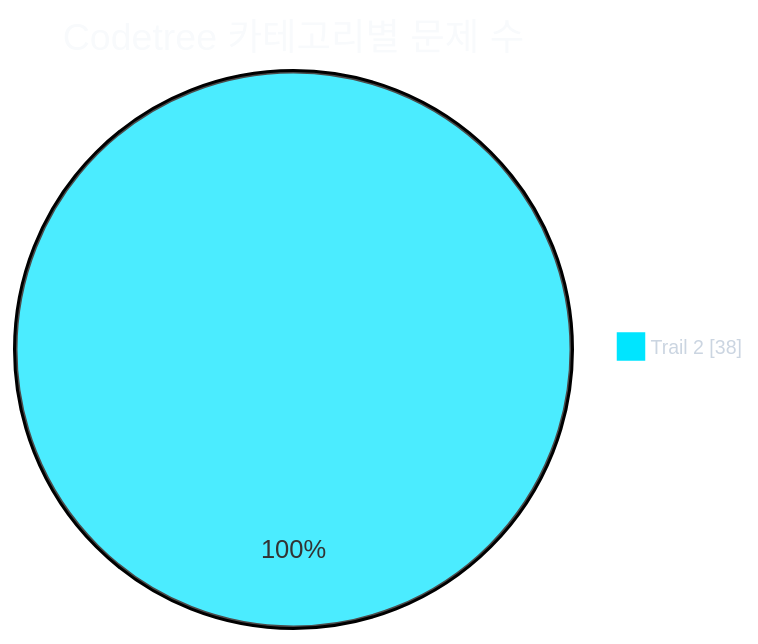
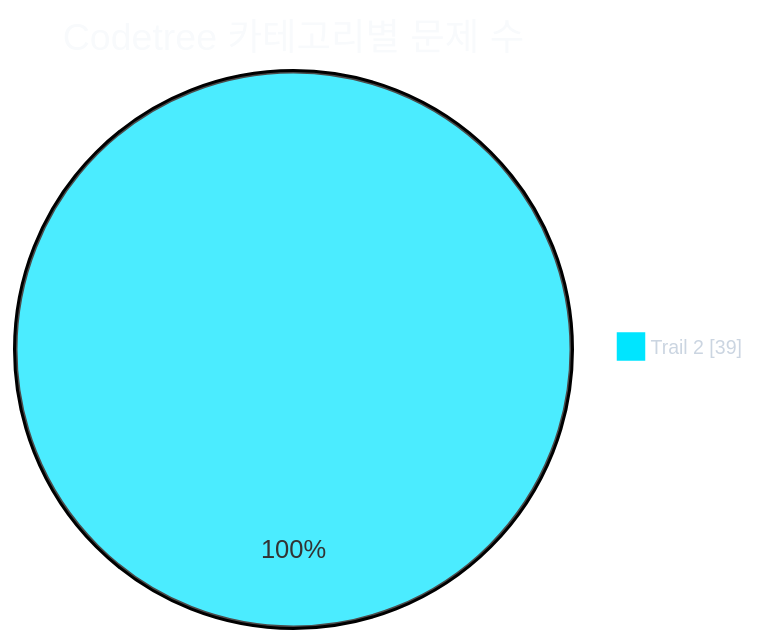
One commit to CHOOSLA/Algorithm changed the first of 2 diagrams in readme.md. Above: the diagram before and after it, drawn with Mermaid. The commit also changed other lines of this file and 2 other files, not shown here.

````diff
--- a/readme.md
+++ b/readme.md
@@ -31,21 +31,21 @@
 ```mermaid
 ---
 config:
   theme: base
   themeVariables:
     background: '#0d1117'
     pieTitleTextColor: '#f8fafc'
     pieLegendTextColor: '#cbd5e1'
     pieLegendTextSize: '13px'
     pie1: '#00e5ff'
     pie2: '#22c55e'
     pie3: '#f59e0b'
     pie4: '#a855f7'
     pie5: '#ec4899'
     pie6: '#3b82f6'
     pie7: '#64748b'
 ---
 pie showData
   title Codetree 카테고리별 문제 수
-  "Trail 2" : 38
+  "Trail 2" : 39
 ```
````
